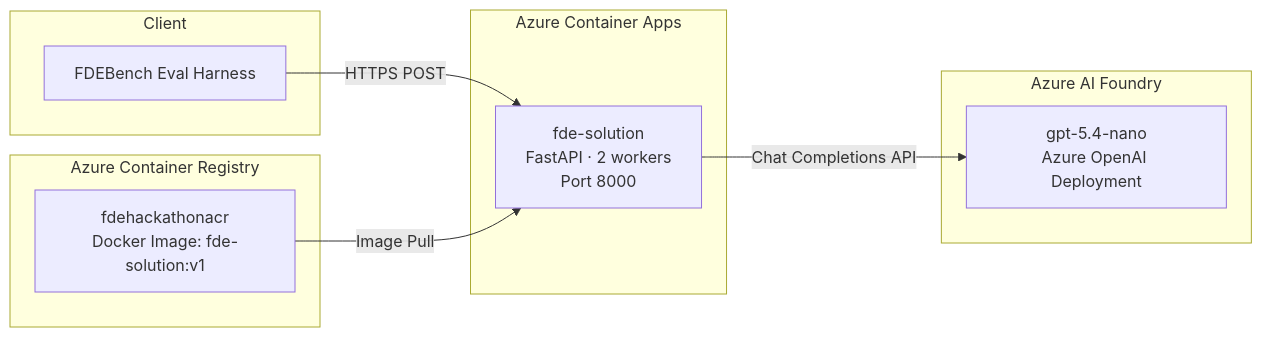
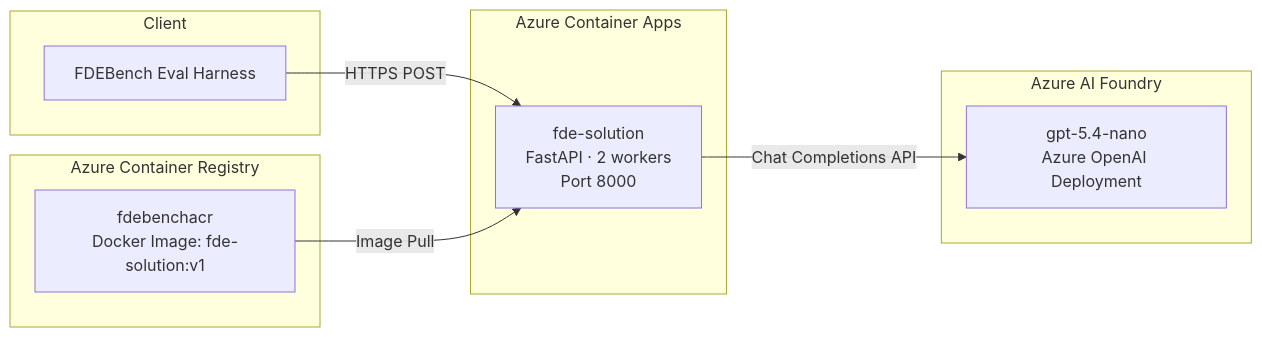
Before and after one commit to shailendra7033/fde-bench-hackathon: the first of 2 diagrams in README.md, drawn with Mermaid. The commit also changed other lines of this file and 8 other files, not shown here.

````diff
--- a/README.md
+++ b/README.md
@@ -13,22 +13,22 @@
 ```mermaid
 graph LR
     subgraph Client
         A[FDEBench Eval Harness]
     end
 
     subgraph Azure Container Apps
         B[fde-solution<br/>FastAPI · 2 workers<br/>Port 8000]
     end
 
     subgraph Azure AI Foundry
         C[gpt-5.4-nano<br/>Azure OpenAI Deployment]
     end
 
     subgraph Azure Container Registry
-        D[fdehackathonacr<br/>Docker Image: fde-solution:v1]
+        D[fdebenchacr<br/>Docker Image: fde-solution:v1]
     end
 
     A -->|HTTPS POST| B
     B -->|Chat Completions API| C
     D -->|Image Pull| B
 ```
````
